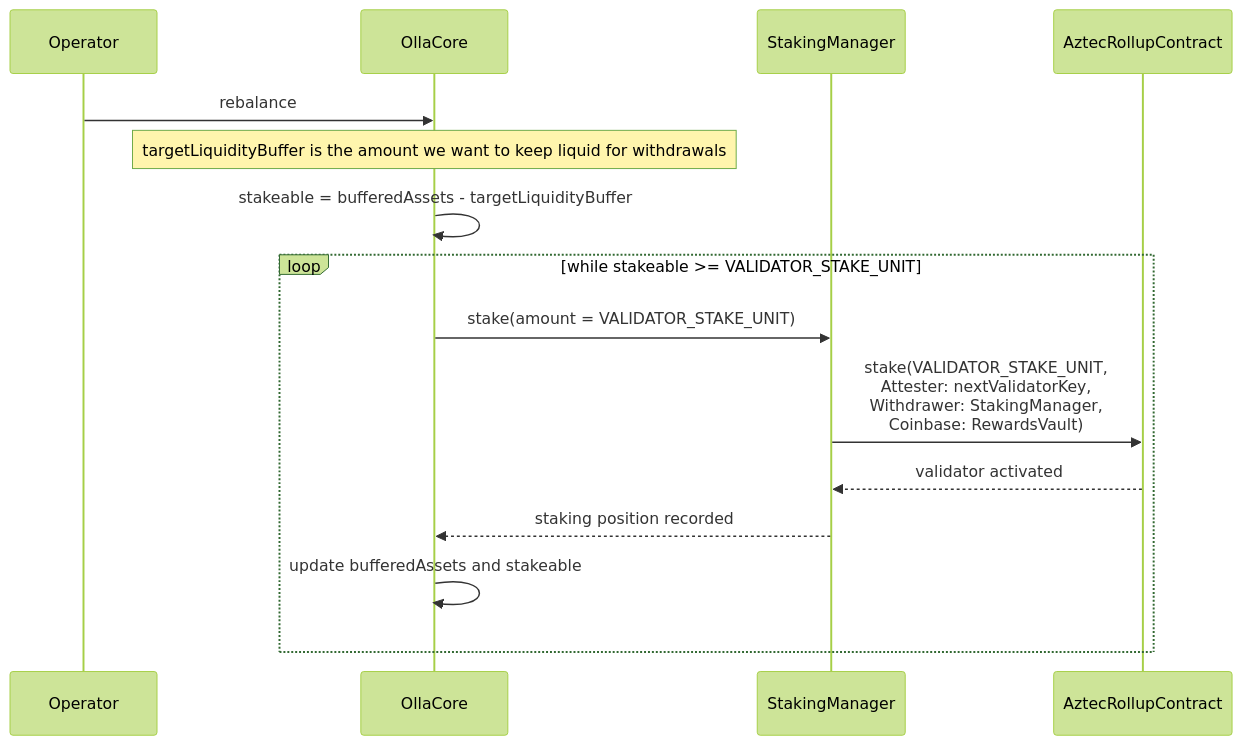
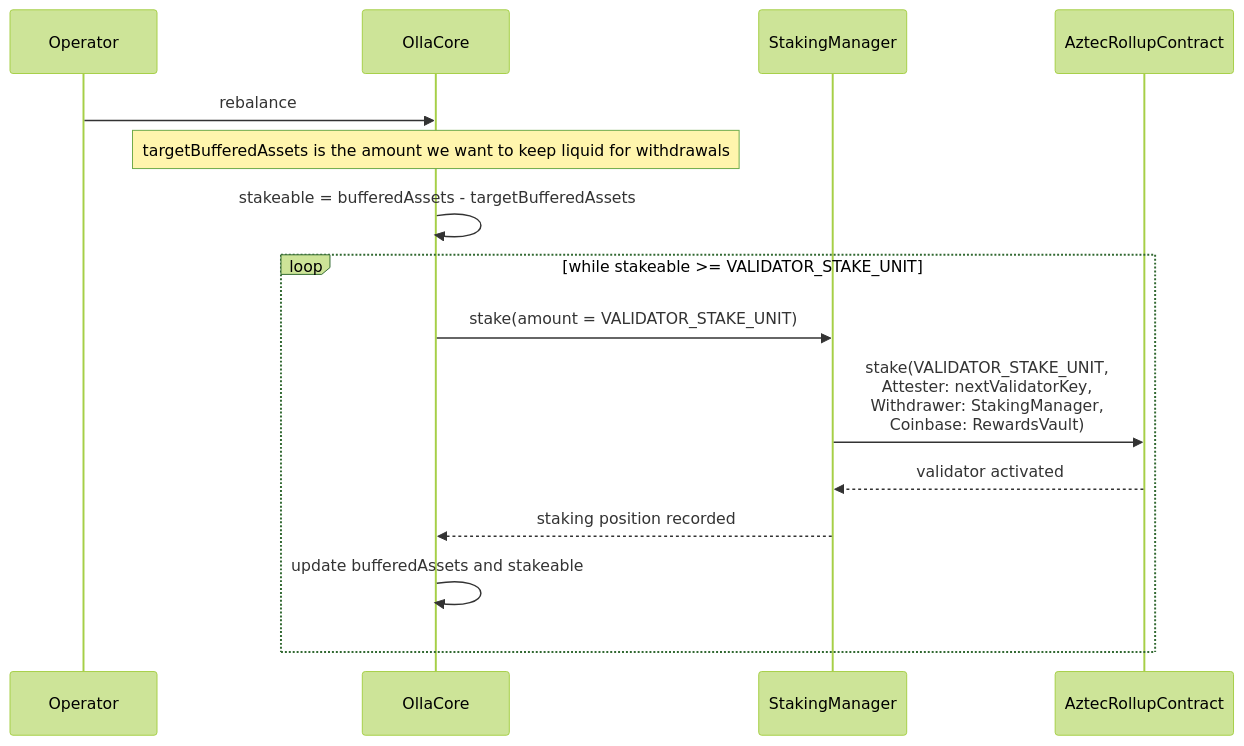
One commit to ollafinance/core changed the sixth of 7 diagrams in research/technical/architecture/flows.md. Above: the diagram before and after it, drawn with Mermaid (forest theme). The commit also changed other lines of this file and 5 other files, not shown here.

Commit message:
targetLiquidityBuffer > targetBufferedAssets

````diff
--- a/research/technical/architecture/flows.md
+++ b/research/technical/architecture/flows.md
@@ -181,18 +181,18 @@
 ```mermaid
 sequenceDiagram
     participant OP as Operator
     participant C as OllaCore
     participant SR as StakingManager
     participant AR as AztecRollupContract
 
     OP->>C: rebalance
-    Note over C: targetLiquidityBuffer is the amount we want to keep liquid for withdrawals
-    C->>C: stakeable = bufferedAssets - targetLiquidityBuffer
+    Note over C: targetBufferedAssets is the amount we want to keep liquid for withdrawals
+    C->>C: stakeable = bufferedAssets - targetBufferedAssets
     loop while stakeable >= VALIDATOR_STAKE_UNIT
         C->>SR: stake(amount = VALIDATOR_STAKE_UNIT)
         SR->>AR: stake(VALIDATOR_STAKE_UNIT,<br/>Attester: nextValidatorKey,<br/>Withdrawer: StakingManager,<br/>Coinbase: RewardsVault)
         AR-->>SR: validator activated
         SR-->>C: staking position recorded
         C->>C: update bufferedAssets and stakeable
     end
 ```
````
